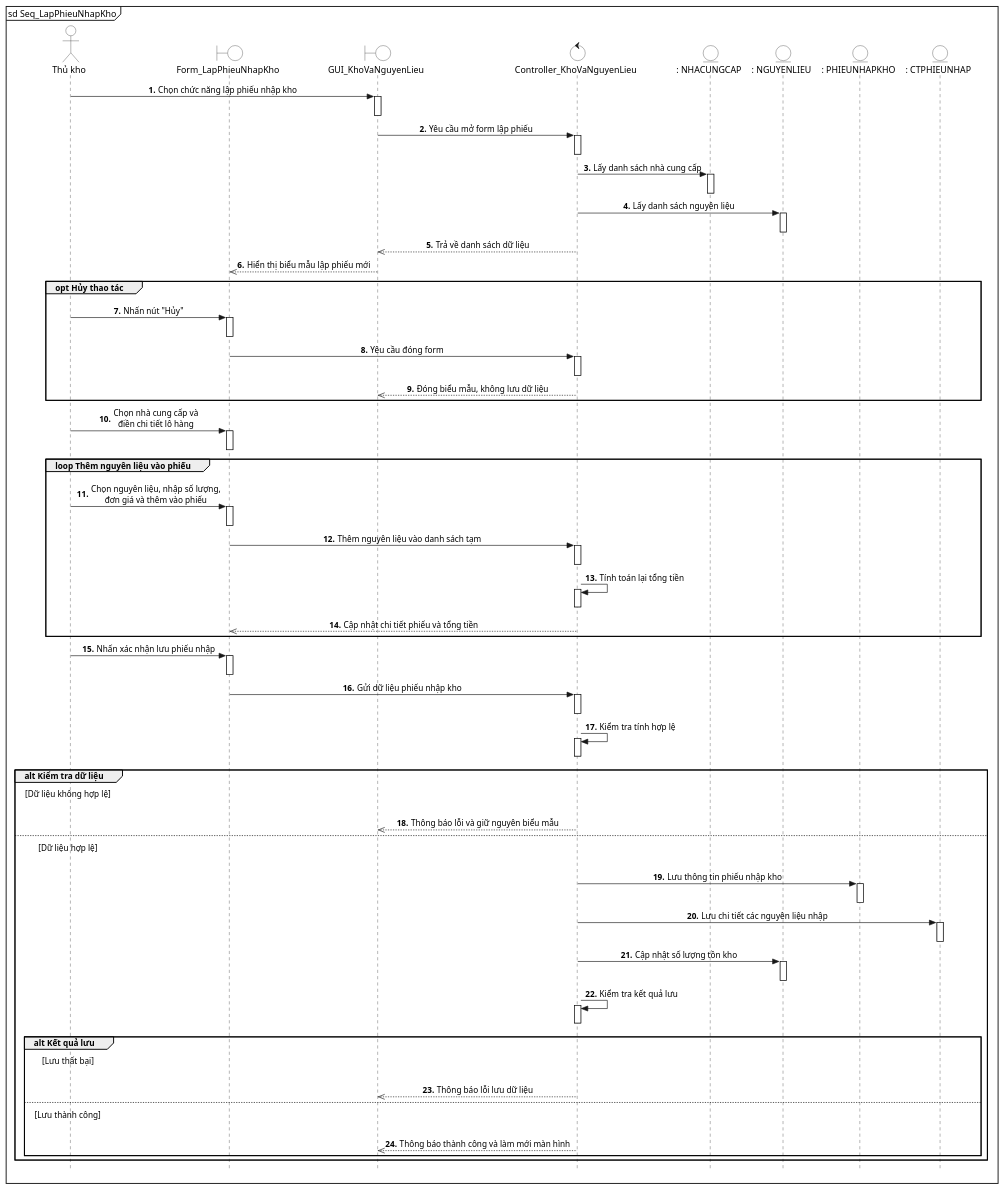
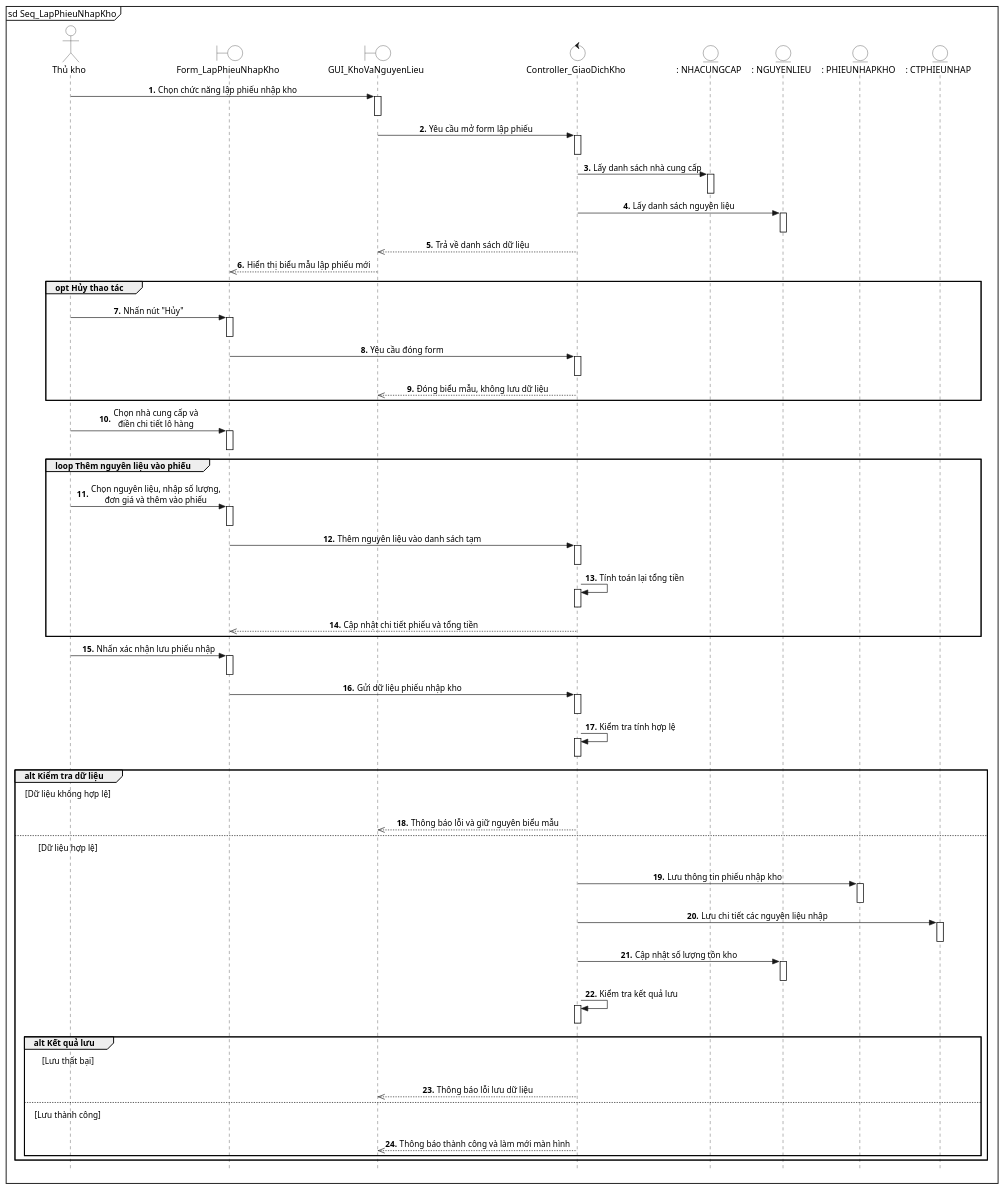
The diagram in diagram/sq_Khang/40_LapPhieuNhapKho.puml (lancelotviendangkhoa710/IS-System-Development), drawn with PlantUML before and after one commit. The commit also changed 8 other files, not shown here.

```diff
--- a/diagram/sq_Khang/40_LapPhieuNhapKho.puml
+++ b/diagram/sq_Khang/40_LapPhieuNhapKho.puml
@@ -1,133 +1,133 @@
 @startuml LapPhieuNhapKho
 mainframe sd Seq_LapPhieuNhapKho
 autonumber "<b>##."
 skinparam sequenceMessageAlign center
 skinparam style strictuml
 
     skinparam noteBackgroundColor transparent
     skinparam noteBorderColor transparent
 
 actor "Thủ kho" as TK #White
 boundary "Form_LapPhieuNhapKho" as FRM #White
 boundary "GUI_KhoVaNguyenLieu" as UI #White
-control "Controller_KhoVaNguyenLieu" as SYS #White
+control "Controller_GiaoDichKho" as SYS #White
 entity ": NHACUNGCAP" as DB_NCC #White
 entity ": NGUYENLIEU" as DB_NL #White
 entity ": PHIEUNHAPKHO" as DB_PNK #White
 entity ": CTPHIEUNHAP" as DB_CTPNK #White
 
 TK -> UI: Chọn chức năng lập phiếu nhập kho
 activate UI
 deactivate UI
 
 UI -> SYS: Yêu cầu mở form lập phiếu
 activate SYS
 deactivate SYS
 
 SYS -> DB_NCC: Lấy danh sách nhà cung cấp
 activate DB_NCC
 deactivate DB_NCC
 
 SYS -> DB_NL: Lấy danh sách nguyên liệu
 activate DB_NL
 deactivate DB_NL
 
 SYS -->> UI: Trả về danh sách dữ liệu
 
 UI -->> FRM: Hiển thị biểu mẫu lập phiếu mới
 
 group opt Hủy thao tác
     autonumber stop
     TK -[hidden]-> DB_CTPNK
     autonumber resume "<b>##."
     TK -> FRM: Nhấn nút "Hủy"
     activate FRM
     deactivate FRM
     
 FRM -> SYS: Yêu cầu đóng form
     activate SYS
     deactivate SYS
     
     SYS -->> UI: Đóng biểu mẫu, không lưu dữ liệu
 end
 
 TK -> FRM: Chọn nhà cung cấp và\nđiền chi tiết lô hàng
 activate FRM
 deactivate FRM
 
 group loop Thêm nguyên liệu vào phiếu
     autonumber stop
     TK -[hidden]-> DB_CTPNK
     autonumber resume "<b>##."
     TK -> FRM: Chọn nguyên liệu, nhập số lượng,\nđơn giá và thêm vào phiếu
     activate FRM
     deactivate FRM
     
 FRM -> SYS: Thêm nguyên liệu vào danh sách tạm
     activate SYS
     deactivate SYS
     
     SYS -> SYS: Tính toán lại tổng tiền
     activate SYS
     deactivate SYS
     
     SYS -->> FRM: Cập nhật chi tiết phiếu và tổng tiền
 end
 
 TK -> FRM: Nhấn xác nhận lưu phiếu nhập
 activate FRM
 deactivate FRM
 
 FRM -> SYS: Gửi dữ liệu phiếu nhập kho
 activate SYS
 deactivate SYS
 
 SYS -> SYS: Kiểm tra tính hợp lệ
 activate SYS
 deactivate SYS
 
 group alt Kiểm tra dữ liệu
     note over of TK: [Dữ liệu không hợp lệ]
     autonumber stop
     TK -[hidden]-> DB_CTPNK
     autonumber resume "<b>##."
     SYS -->> UI: Thông báo lỗi và giữ nguyên biểu mẫu
 else 
     note over of TK: [Dữ liệu hợp lệ]
     autonumber stop
     TK -[hidden]-> DB_CTPNK
     autonumber resume "<b>##."
     SYS -> DB_PNK: Lưu thông tin phiếu nhập kho
     activate DB_PNK
     deactivate DB_PNK
     
     SYS -> DB_CTPNK: Lưu chi tiết các nguyên liệu nhập
     activate DB_CTPNK
     deactivate DB_CTPNK
 
     SYS -> DB_NL: Cập nhật số lượng tồn kho
     activate DB_NL
     deactivate DB_NL
 
     SYS -> SYS: Kiểm tra kết quả lưu
     activate SYS
     deactivate SYS
     
     group alt Kết quả lưu
         note over of TK: [Lưu thất bại]
         autonumber stop
         TK -[hidden]-> DB_CTPNK
         autonumber resume "<b>##."
         SYS -->> UI: Thông báo lỗi lưu dữ liệu
     else 
         note over of TK: [Lưu thành công]
         autonumber stop
         TK -[hidden]-> DB_CTPNK
         autonumber resume "<b>##."
         SYS -->> UI: Thông báo thành công và làm mới màn hình
     end
 end
 
 
 
 @enduml
```
